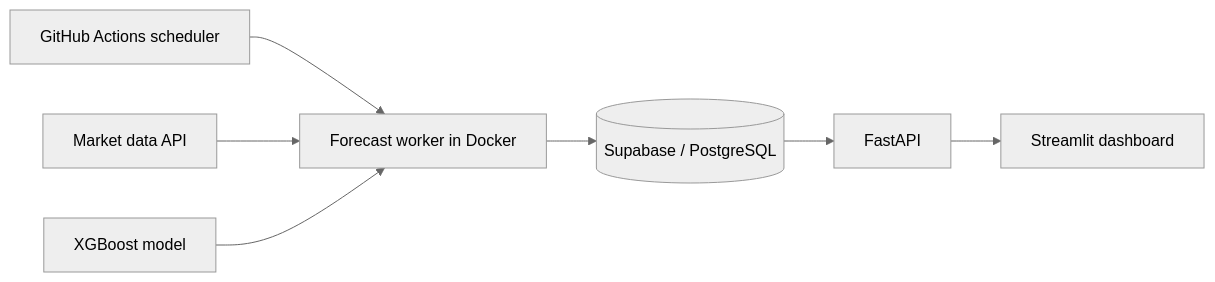
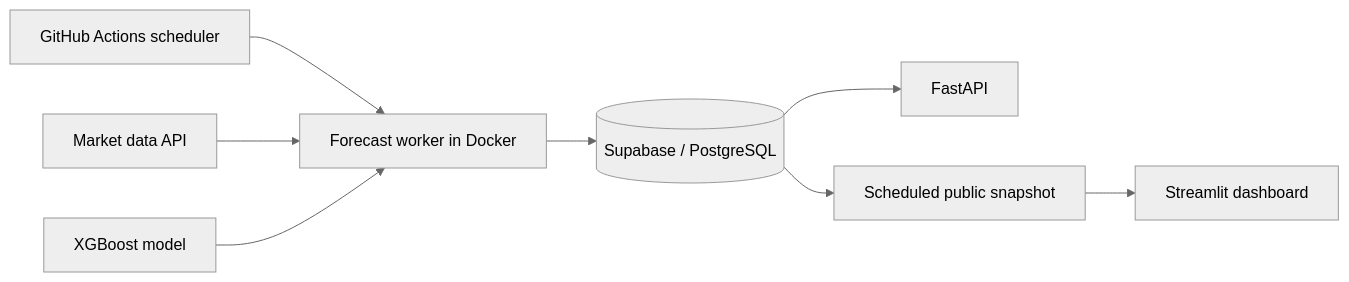
The diagram in README.md (ulvi12/Turkiye-Electricity-Prediction), drawn with Mermaid (neutral theme) before and after one commit. The commit also changed other lines of this file and 6 other files, not shown here.

````diff
--- a/README.md
+++ b/README.md
@@ -15,9 +15,10 @@
 ```mermaid
 flowchart LR
     S[GitHub Actions scheduler] --> W[Forecast worker in Docker]
     E[Market data API] --> W
     M[XGBoost model] --> W
     W --> D[(Supabase / PostgreSQL)]
     D --> F[FastAPI]
-    F --> U[Streamlit dashboard]
+    D --> P[Scheduled public snapshot]
+    P --> U[Streamlit dashboard]
 ```
````
